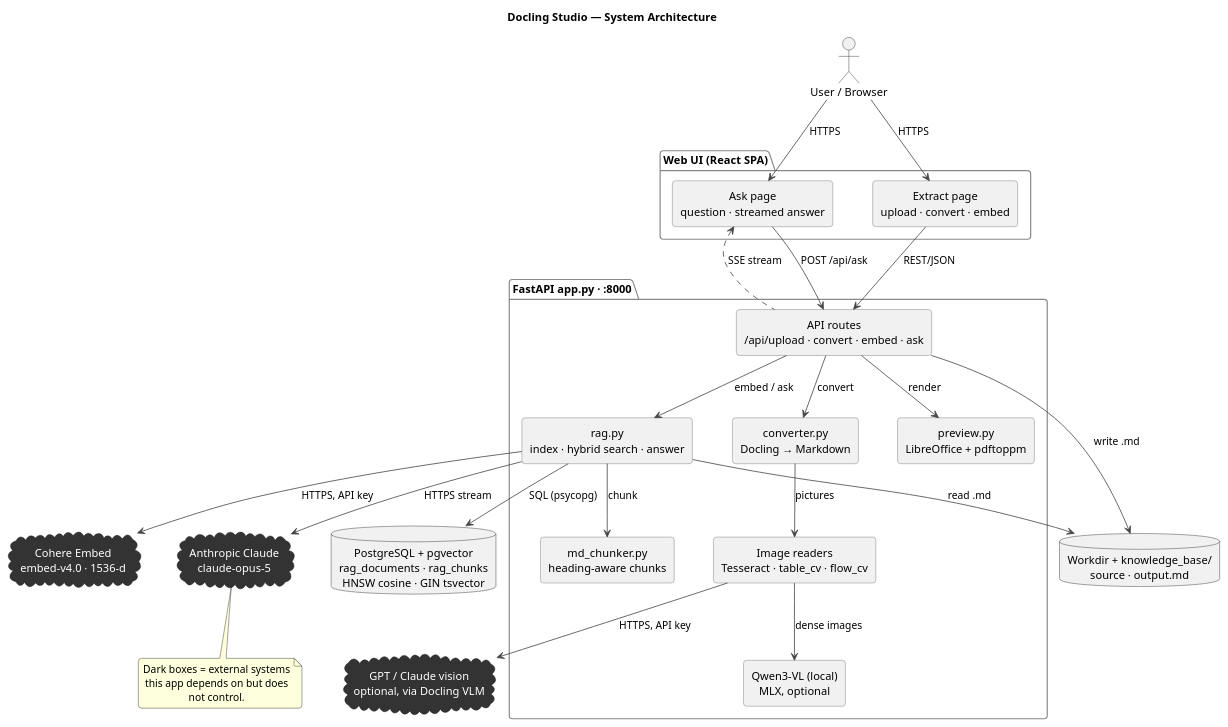
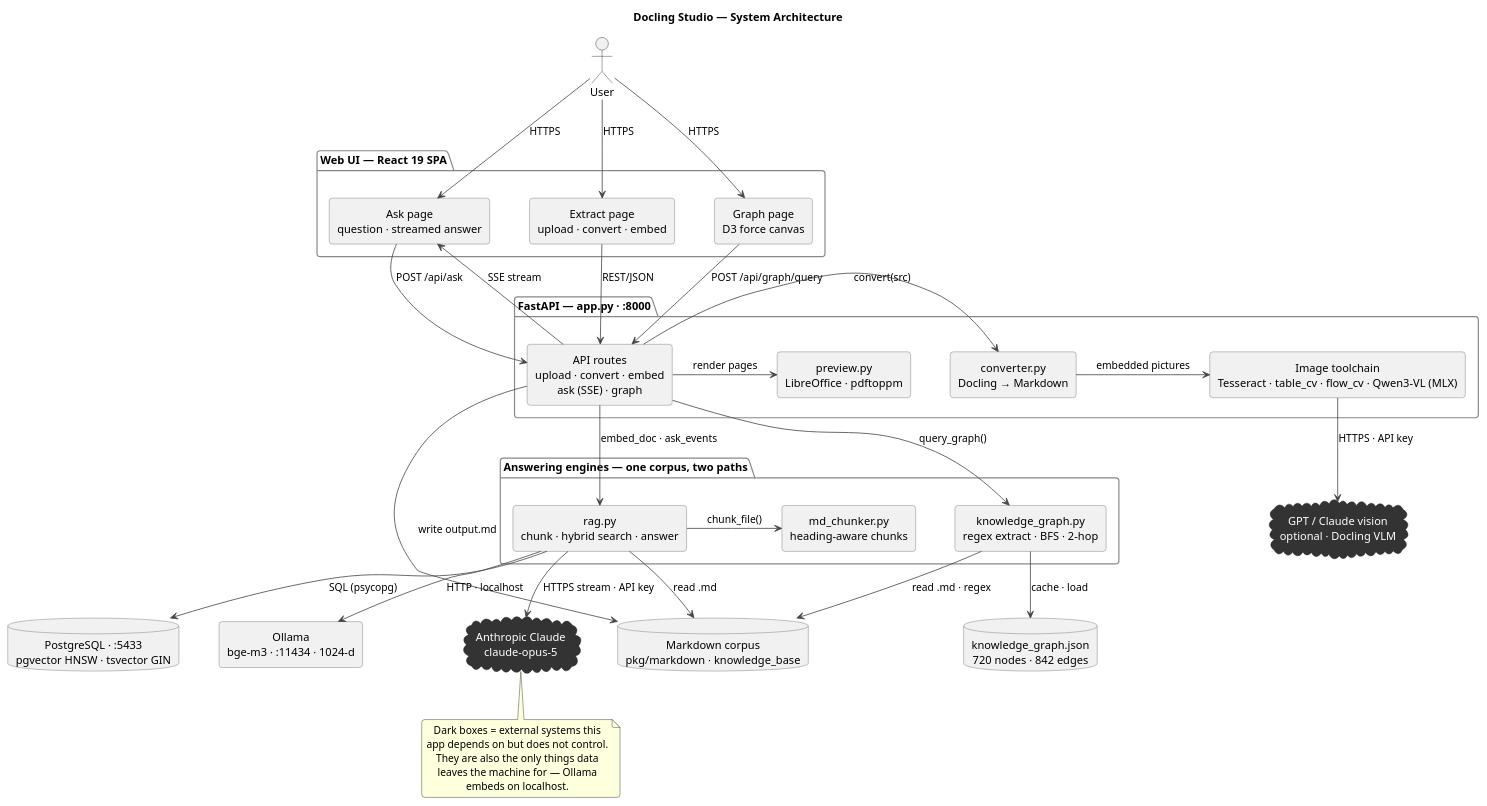
The diagram in docs/system-diagram.puml (spalanivelu1989/docling-studio), drawn with PlantUML before and after one commit. The commit also changed 151 other files, not shown here.

```diff
--- a/docs/system-diagram.puml
+++ b/docs/system-diagram.puml
@@ -1,74 +1,92 @@
 @startuml system-diagram
 title Docling Studio — System Architecture
 
 skinparam backgroundColor #FFFFFF
 skinparam defaultTextAlignment center
 skinparam shadowing false
 skinparam roundcorner 8
 skinparam nodesep 50
 skinparam ranksep 60
 skinparam rectangle {
   BorderColor #666666
 }
 skinparam cloud {
   BackgroundColor #333333
   FontColor #FFFFFF
   BorderColor #111111
 }
+skinparam database {
+  BorderColor #666666
+}
 skinparam package {
   BorderColor #888888
   FontStyle bold
 }
 skinparam ArrowColor #444444
 
-actor "User / Browser" as User
+actor "User" as User
 
-package "Web UI (React SPA)" {
-  rectangle "Extract page\nupload · convert · embed" as Extract
-  rectangle "Ask page\nquestion · streamed answer" as Ask
+package "Web UI — React 19 SPA" {
+  rectangle "Extract page\nupload · convert · embed" as EXTRACT
+  rectangle "Ask page\nquestion · streamed answer" as ASK
+  rectangle "Graph page\nD3 force canvas" as GRAPHUI
 }
 
-package "FastAPI app.py · :8000" {
-  rectangle "API routes\n/api/upload · convert · embed · ask" as API
-  rectangle "preview.py\nLibreOffice + pdftoppm" as Preview
-  rectangle "converter.py\nDocling → Markdown" as Converter
-  rectangle "Image readers\nTesseract · table_cv · flow_cv" as Readers
-  rectangle "Qwen3-VL (local)\nMLX, optional" as Qwen
-  rectangle "rag.py\nindex · hybrid search · answer" as RAG
-  rectangle "md_chunker.py\nheading-aware chunks" as Chunker
+package "FastAPI — app.py · :8000" {
+  rectangle "API routes\nupload · convert · embed\nask (SSE) · graph" as API
+  rectangle "preview.py\nLibreOffice · pdftoppm" as PREVIEW
+  rectangle "converter.py\nDocling → Markdown" as CONV
+  rectangle "Image toolchain\nTesseract · table_cv · flow_cv · Qwen3-VL (MLX)" as READ
 }
 
-database "Workdir + knowledge_base/\nsource · output.md" as Files
-database "PostgreSQL + pgvector\nrag_documents · rag_chunks\nHNSW cosine · GIN tsvector" as PG
+package "Answering engines — one corpus, two paths" {
+  rectangle "rag.py\nchunk · hybrid search · answer" as RAG
+  rectangle "md_chunker.py\nheading-aware chunks" as CHUNK
+  rectangle "knowledge_graph.py\nregex extract · BFS · 2-hop" as KG
+}
 
-cloud "GPT / Claude vision\noptional, via Docling VLM" as VLM
-cloud "Cohere Embed\nembed-v4.0 · 1536-d" as Cohere
-cloud "Anthropic Claude\nclaude-opus-5" as Claude
+database "Markdown corpus\npkg/markdown · knowledge_base" as FILES
+database "PostgreSQL · :5433\npgvector HNSW · tsvector GIN" as PG
+database "knowledge_graph.json\n720 nodes · 842 edges" as KGJSON
 
-User -down-> Extract : HTTPS
-User -down-> Ask : HTTPS
-Extract -down-> API : REST/JSON
-Ask -down-> API : POST /api/ask
-API .up.> Ask : SSE stream
+rectangle "Ollama\nbge-m3 · :11434 · 1024-d" as OLLAMA
 
-API -down-> Preview : render
-API -down-> Converter : convert
-Converter -down-> Readers : pictures
-Readers -down-> Qwen : dense images
-Readers -down-> VLM : HTTPS, API key
-API -down-> Files : write .md
+cloud "Anthropic Claude\nclaude-opus-5" as CLAUDE
+cloud "GPT / Claude vision\noptional · Docling VLM" as VLM
 
-API -down-> RAG : embed / ask
-RAG -down-> Files : read .md
-RAG -down-> Chunker : chunk
-RAG -down-> Cohere : HTTPS, API key
+User -down-> EXTRACT : HTTPS
+User -down-> ASK : HTTPS
+User -down-> GRAPHUI : HTTPS
+
+EXTRACT -down-> API : REST/JSON
+ASK -down-> API : POST /api/ask
+API -up-> ASK : SSE stream
+GRAPHUI -down-> API : POST /api/graph/query
+
+API -right-> PREVIEW : render pages
+API -right-> CONV : convert(src)
+CONV -right-> READ : embedded pictures
+READ -down-> VLM : HTTPS · API key
+API -down-> FILES : write output.md
+
+API -down-> RAG : embed_doc · ask_events
+API -down-> KG : query_graph()
+
+RAG -right-> CHUNK : chunk_file()
+RAG -down-> FILES : read .md
+RAG -down-> OLLAMA : HTTP · localhost
 RAG -down-> PG : SQL (psycopg)
-RAG -down-> Claude : HTTPS stream
+RAG -down-> CLAUDE : HTTPS stream · API key
 
-note bottom of Claude
-  Dark boxes = external systems
-  this app depends on but does
-  not control.
+KG -down-> FILES : read .md · regex
+KG -down-> KGJSON : cache · load
+
+note bottom of CLAUDE
+  Dark boxes = external systems this
+  app depends on but does not control.
+  They are also the only things data
+  leaves the machine for — Ollama
+  embeds on localhost.
 end note
 
 @enduml
```
